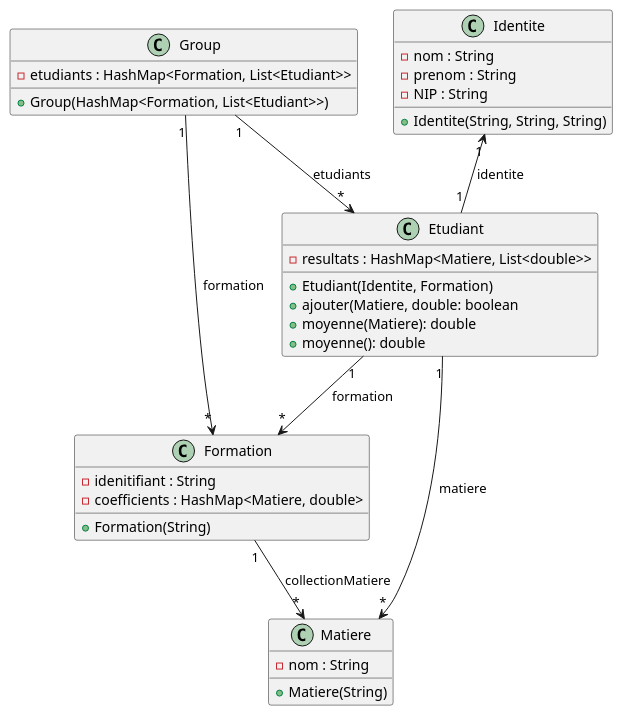
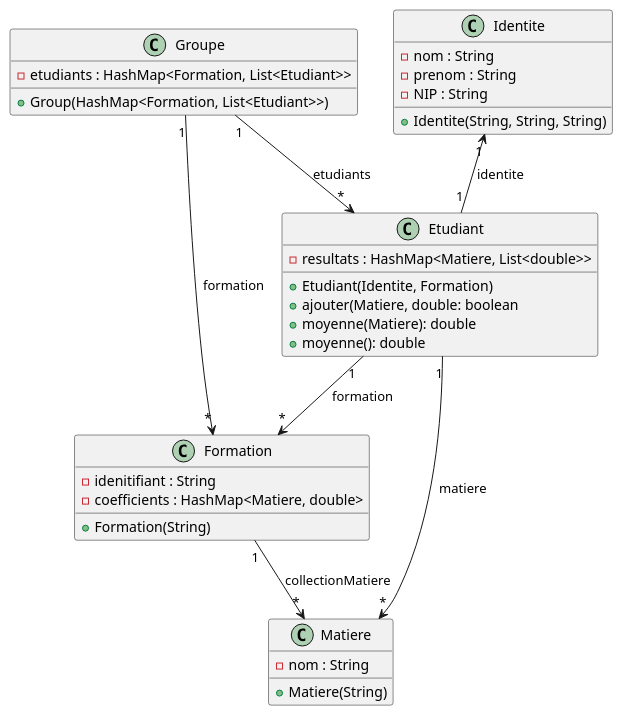
Before and after one commit to AssalHugo/TP2Exo3: the diagram in TP2Exo3/Diagramme_De_Classe.puml, drawn with PlantUML. The commit also changed 3 other files, not shown here.

```diff
--- a/TP2Exo3/Diagramme_De_Classe.puml
+++ b/TP2Exo3/Diagramme_De_Classe.puml
@@ -1,42 +1,42 @@
 @startuml
 'https://plantuml.com/class-diagram
 
 class Etudiant{
  - resultats : HashMap<Matiere, List<double>>
     + Etudiant(Identite, Formation)
     + ajouter(Matiere, double: boolean
     + moyenne(Matiere): double
     + moyenne(): double
 }
 
 class Identite{
  - nom : String
  - prenom : String
  - NIP : String
     + Identite(String, String, String)
 }
 
 class Formation{
 - idenitifiant : String
 - coefficients : HashMap<Matiere, double>
     + Formation(String)
 }
 
 class Matiere{
  - nom : String
     + Matiere(String)
 }
 
-class Group{
+class Groupe{
 - etudiants : HashMap<Formation, List<Etudiant>>
     + Group(HashMap<Formation, List<Etudiant>>)
 }
 
 Identite "1" <-- "1" Etudiant : identite
 Etudiant "1" --> "*" Formation : formation
 Etudiant "1" --> "*" Matiere : matiere
 Formation "1" --> "*" Matiere : collectionMatiere
-Group  "1" --> "*" Formation : formation
-Group  "1" --> "*" Etudiant : etudiants
+Groupe  "1" --> "*" Formation : formation
+Groupe  "1" --> "*" Etudiant : etudiants
 
 @enduml
```
